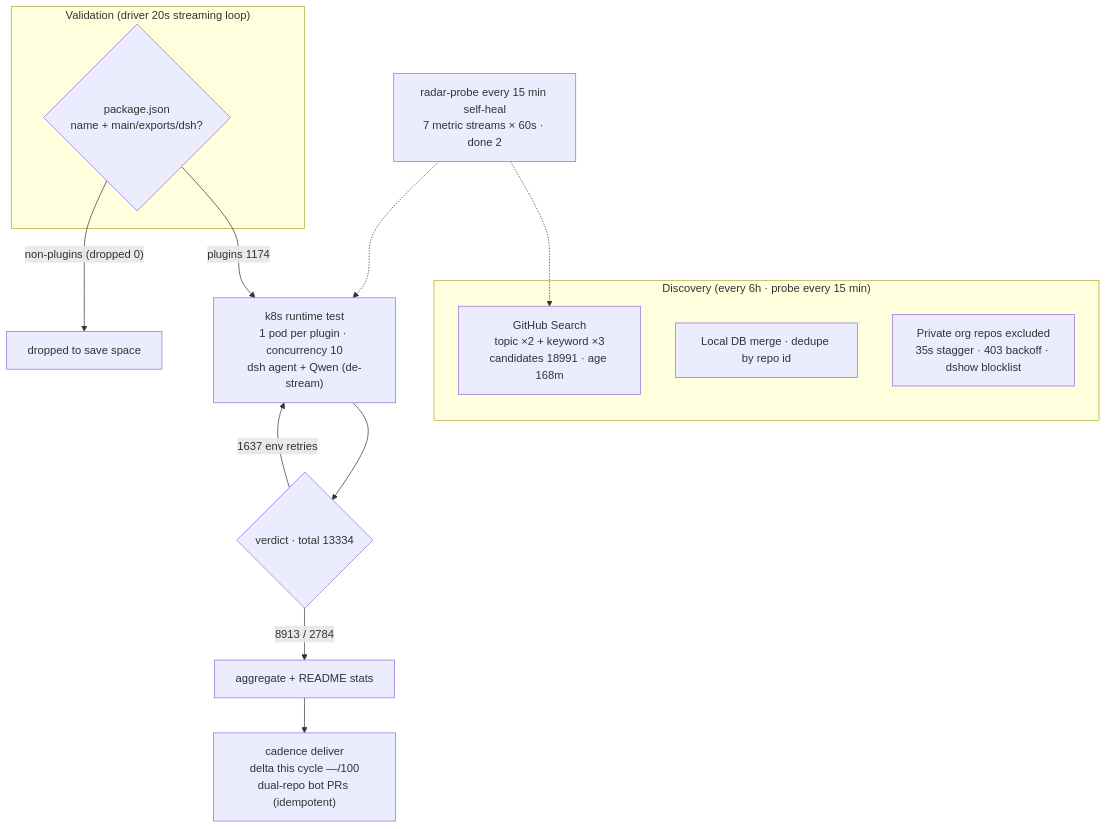
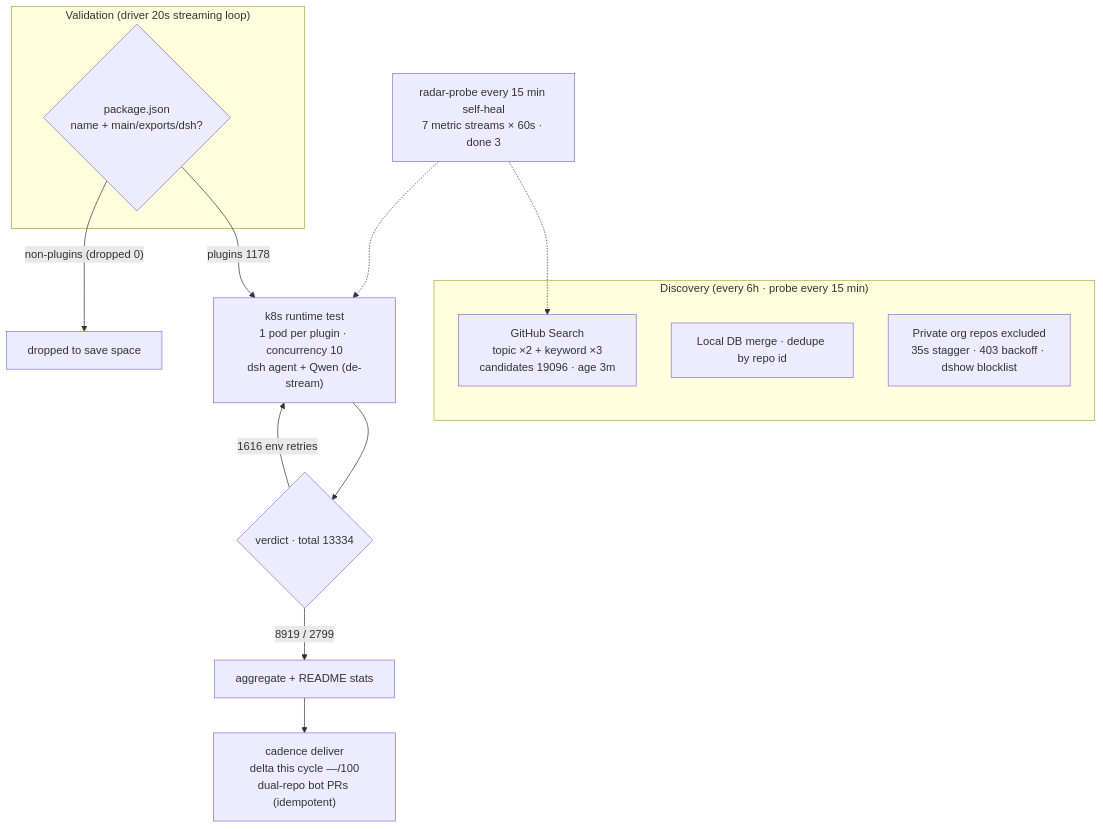
One commit to Zhidao-Lab-OSS/awesome-dsh-plugins changed the diagram in README.en-US.md. Above: the diagram before and after it, drawn with Mermaid. The commit also changed other lines of this file and 1 other file, not shown here.

````diff
--- a/README.en-US.md
+++ b/README.en-US.md
@@ -45,20 +45,20 @@
 ```mermaid
 flowchart TB
     subgraph Discovery["Discovery (every 6h · probe every 15 min)"]
-        A1["GitHub Search<br/>topic ×2 + keyword ×3<br/>candidates 18991 · age 168m"]
+        A1["GitHub Search<br/>topic ×2 + keyword ×3<br/>candidates 19096 · age 3m"]
         A2["Local DB merge · dedupe by repo id"]
         A3["Private org repos excluded<br/>35s stagger · 403 backoff · dshow blocklist"]
     end
     subgraph Validation["Validation (driver 20s streaming loop)"]
         B1{"package.json<br/>name + main/exports/dsh?"}
     end
-    B1 -->|"plugins 1174"| C1["k8s runtime test<br/>1 pod per plugin · concurrency 10<br/>dsh agent + Qwen (de-stream)"]
+    B1 -->|"plugins 1178"| C1["k8s runtime test<br/>1 pod per plugin · concurrency 10<br/>dsh agent + Qwen (de-stream)"]
     B1 -->|"non-plugins (dropped 0)"| B3["dropped to save space"]
     C1 --> D1{"verdict · total 13334"}
-    D1 -->|"8913 / 2784"| E1["aggregate + README stats"]
-    D1 -->|"1637 env retries"| C1
+    D1 -->|"8919 / 2799"| E1["aggregate + README stats"]
+    D1 -->|"1616 env retries"| C1
     E1 --> E2["cadence deliver<br/>delta this cycle —/100<br/>dual-repo bot PRs (idempotent)"]
-    M["radar-probe every 15 min self-heal<br/>7 metric streams × 60s · done 2"]
+    M["radar-probe every 15 min self-heal<br/>7 metric streams × 60s · done 3"]
     M -.-> A1
     M -.-> C1
 ```
````
